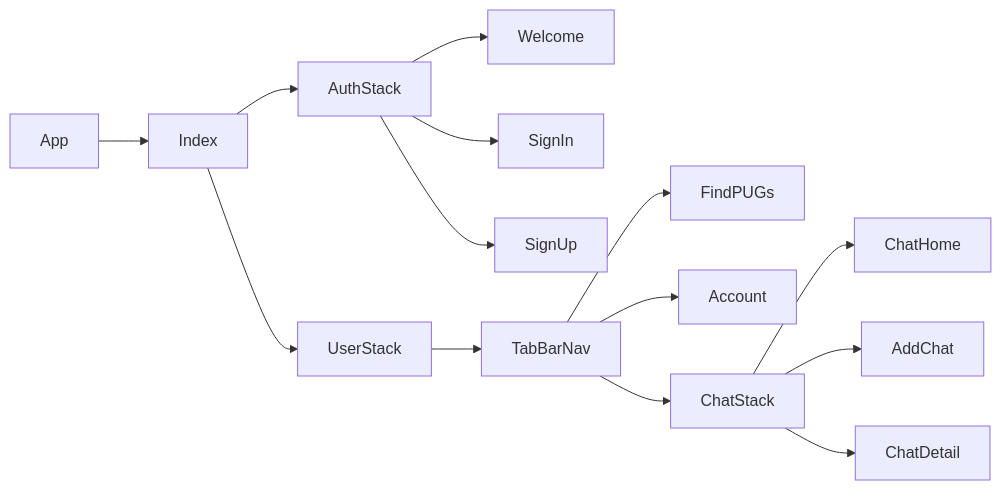
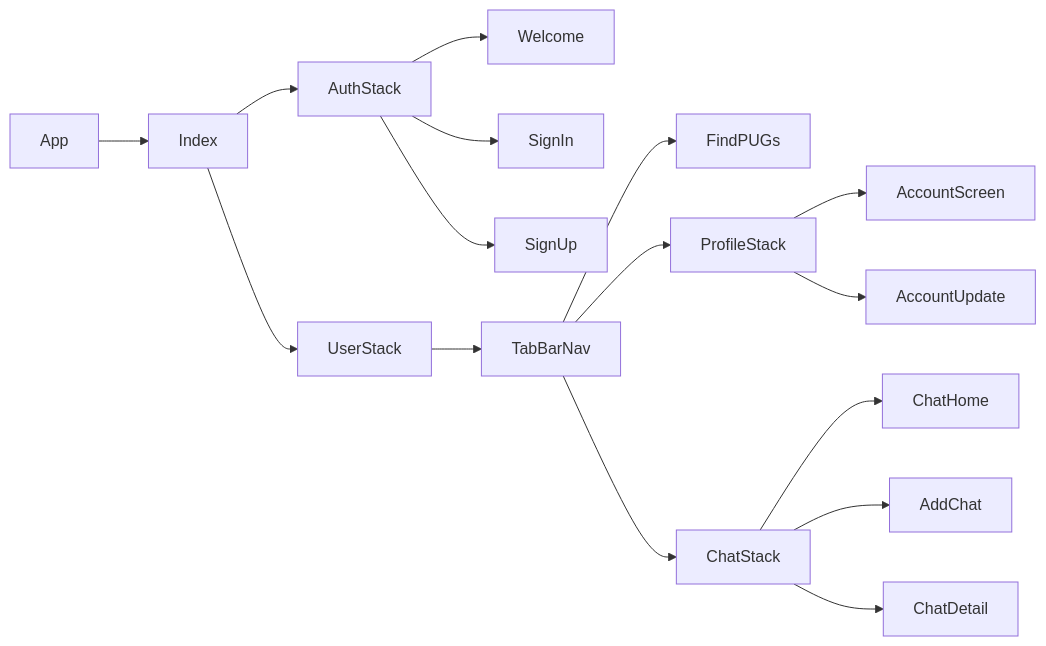
One commit to chess2022/Got-Next changed the diagram in readme.md. Above: the diagram before and after it, drawn with Mermaid.

````diff
--- a/readme.md
+++ b/readme.md
@@ -38,16 +38,18 @@
 ```mermaid
 flowchart LR
 App-->Index
 Index-->AuthStack
 Index-->UserStack
 AuthStack-->Welcome
 AuthStack-->SignIn
 AuthStack-->SignUp
 UserStack-->TabBarNav
 TabBarNav-->FindPUGs
-TabBarNav-->Account
+TabBarNav-->ProfileStack
+ProfileStack-->AccountScreen
+ProfileStack-->AccountUpdate
 TabBarNav-->ChatStack
 ChatStack-->ChatHome
 ChatStack-->AddChat
 ChatStack-->ChatDetail
 ```
````
